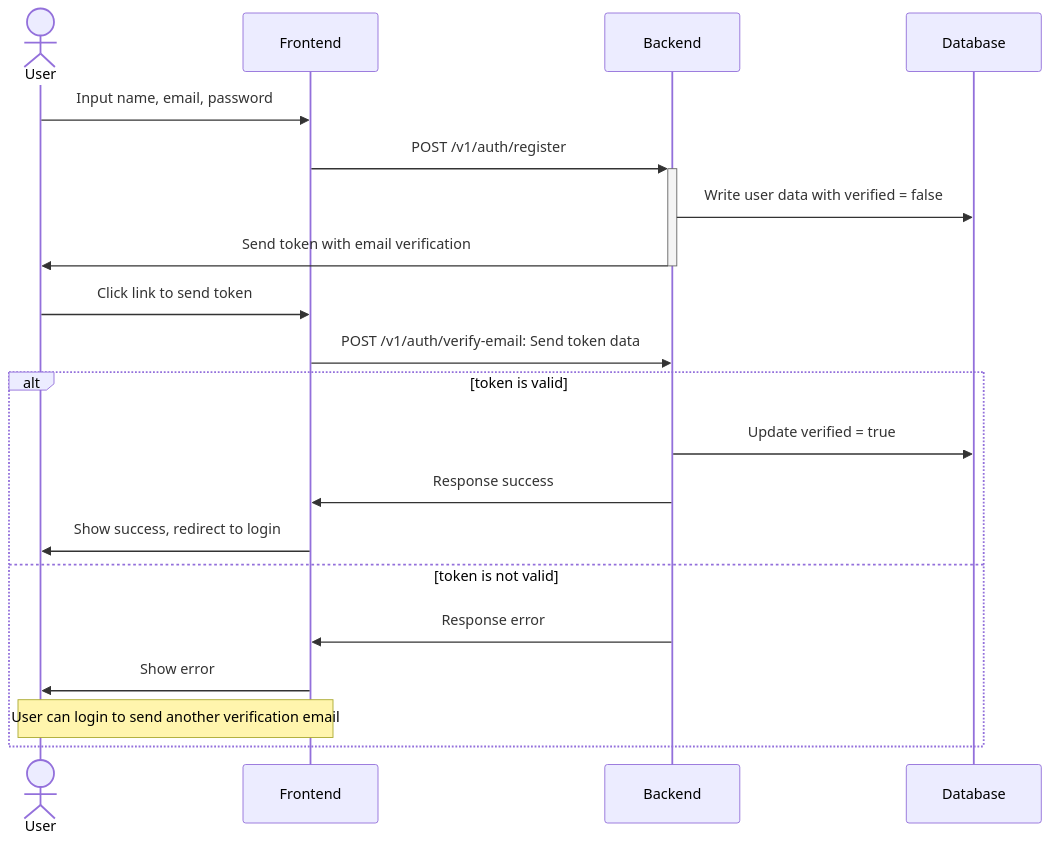
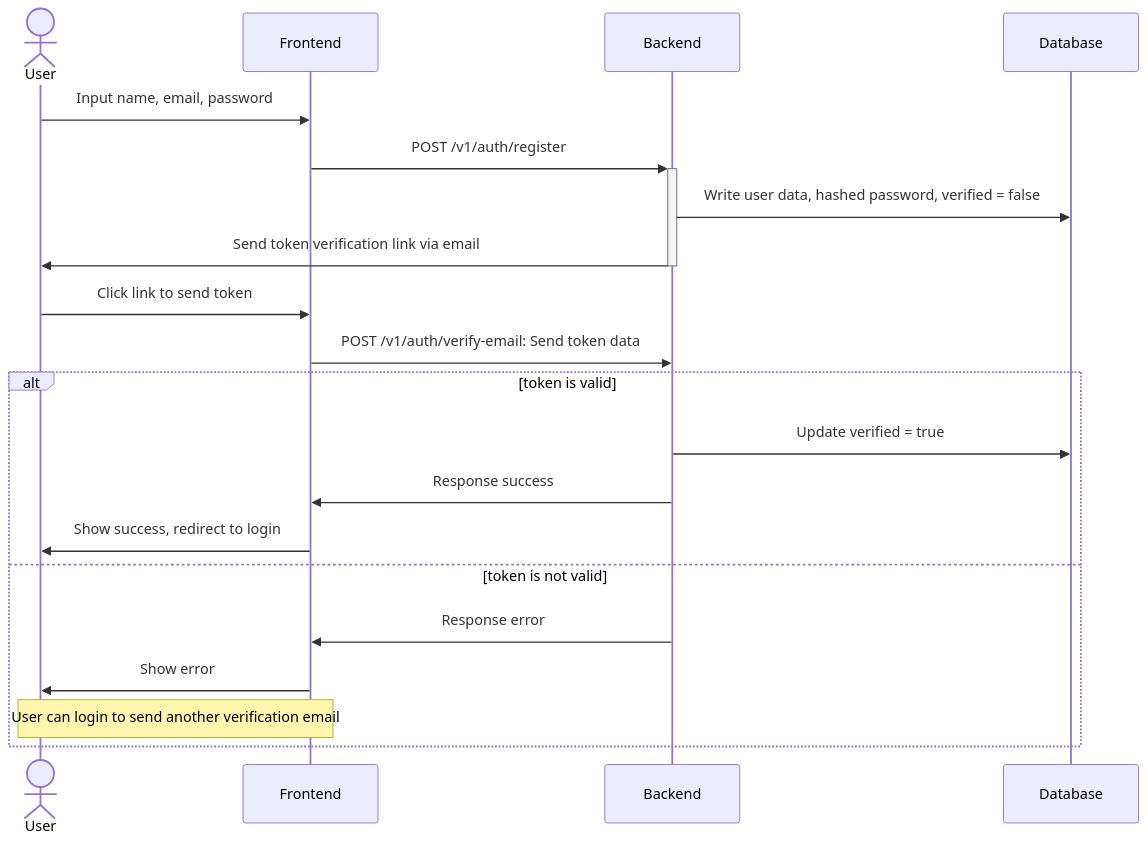
One commit to themiddnight/My-Resume-Web-API-Firebase changed the first of 4 diagrams in README.md. Above: the diagram before and after it, drawn with Mermaid. The commit also changed other lines of this file, not shown here.

````diff
--- a/README.md
+++ b/README.md
@@ -355,19 +357,19 @@
 ```mermaid
 sequenceDiagram
     actor User
     User->>Frontend: Input name, email, password
     Frontend->>+Backend: POST /v1/auth/register
-    Backend->>Database: Write user data with verified = false
-    Backend->>-User: Send token with email verification
+    Backend->>Database: Write user data, hashed password, verified = false
+    Backend->>-User: Send token verification link via email
     User->>Frontend: Click link to send token
     Frontend->>Backend: POST /v1/auth/verify-email: Send token data
     alt token is valid
         Backend->>Database: Update verified = true
         Backend->>Frontend: Response success
         Frontend->>User: Show success, redirect to login
     else token is not valid
         Backend->>Frontend: Response error
         Frontend->>User: Show error
         note over Frontend,User: User can login to send another verification email
     end
 ```
````
